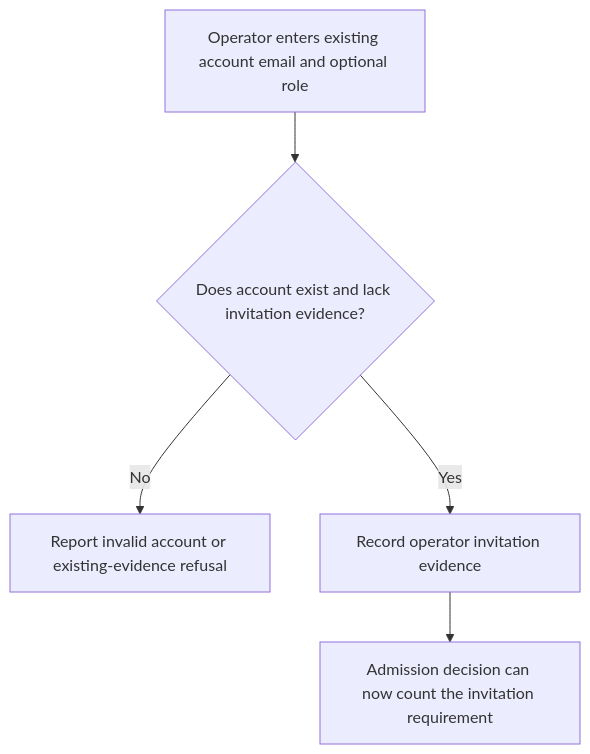
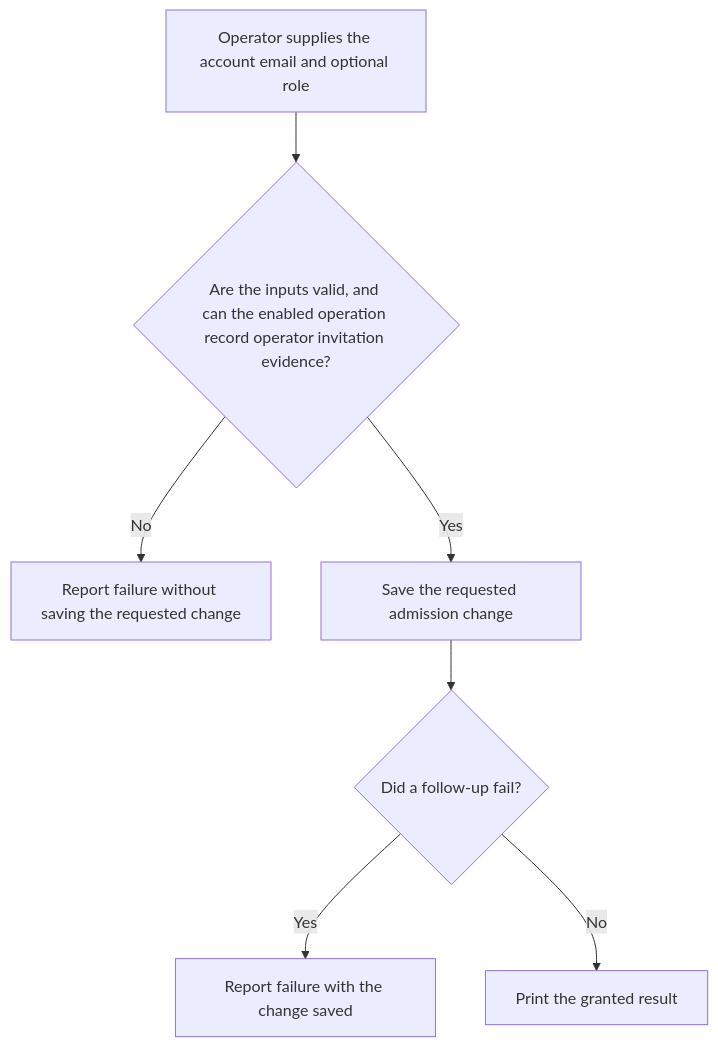
Before and after one commit to Kevinjohn/oss-adonisjs-account-kit: the first of 2 diagrams in user-stories/US-ACCOUNT-48-grant-admission-invitation-evidence.md, drawn with Mermaid. The commit also changed other lines of this file and 70 other files, not shown here.

````diff
--- a/user-stories/US-ACCOUNT-48-grant-admission-invitation-evidence.md
+++ b/user-stories/US-ACCOUNT-48-grant-admission-invitation-evidence.md
@@ -19,7 +19,9 @@
 ```mermaid
 flowchart TD
- A["Operator enters existing account email and optional role"] --> B{"Does account exist and lack invitation evidence?"}
- B -->|No| C["Report invalid account or existing-evidence refusal"]
- B -->|Yes| D["Record operator invitation evidence"]
- D --> E["Admission decision can now count the invitation requirement"]
+ A["Operator supplies the account email and optional role"] --> B{"Are the inputs valid, and can the enabled operation record operator invitation evidence?"}
+ B -->|No| C["Report failure without saving the requested change"]
+ B -->|Yes| D["Save the requested admission change"]
+ D --> E{"Did a follow-up fail?"}
+ E -->|Yes| F["Report failure with the change saved"]
+ E -->|No| G["Print the granted result"]
 ```
````
